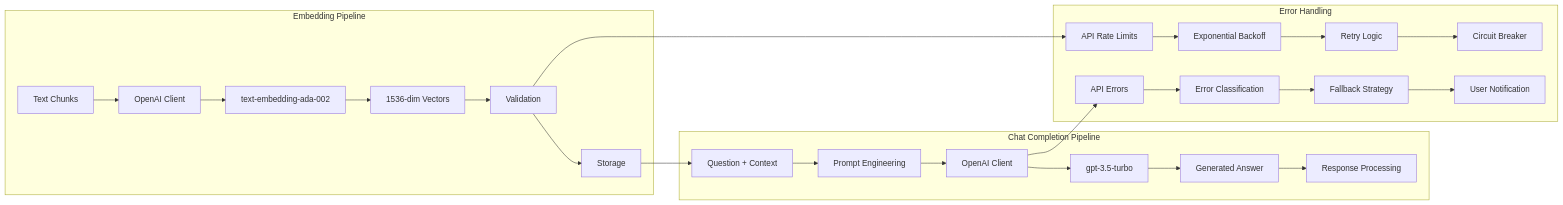
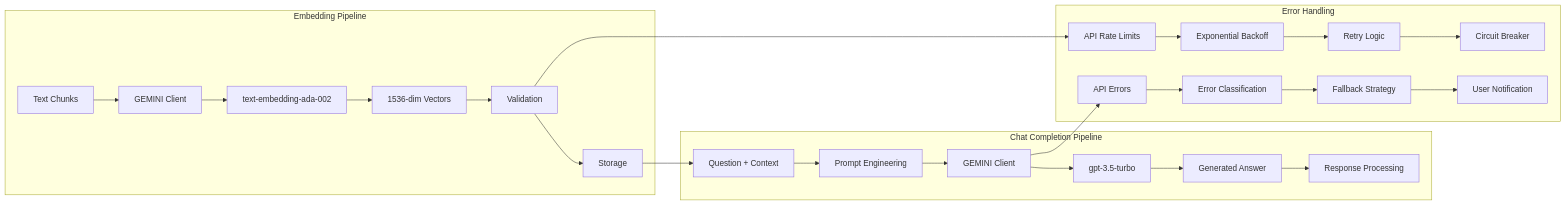
Before and after one commit to rahulsamant37/HackRx_Bajaj_Hackathon: the fifth of 11 diagrams in docs/diagrams/phase-2-core-rag-workflow.md, drawn with Mermaid. The commit also changed other lines of this file and 9 other files, not shown here.

````diff
--- a/docs/diagrams/phase-2-core-rag-workflow.md
+++ b/docs/diagrams/phase-2-core-rag-workflow.md
@@ -218,33 +218,33 @@
 ```mermaid
 graph LR
     subgraph "Embedding Pipeline"
-        A[Text Chunks] --> B[OpenAI Client]
+        A[Text Chunks] --> B[GEMINI Client]
         B --> C[text-embedding-ada-002]
         C --> D[1536-dim Vectors]
         D --> E[Validation]
         E --> F[Storage]
     end
     
     subgraph "Chat Completion Pipeline"  
         G[Question + Context] --> H[Prompt Engineering]
-        H --> I[OpenAI Client]
+        H --> I[GEMINI Client]
         I --> J[gpt-3.5-turbo]
         J --> K[Generated Answer]
         K --> L[Response Processing]
     end
     
     subgraph "Error Handling"
         M[API Rate Limits] --> N[Exponential Backoff]
         N --> O[Retry Logic]
         O --> P[Circuit Breaker]
         
         Q[API Errors] --> R[Error Classification]
         R --> S[Fallback Strategy]
         S --> T[User Notification]
     end
     
     %% Connections
     E --> M
     I --> Q
     F --> G
 ```
````
